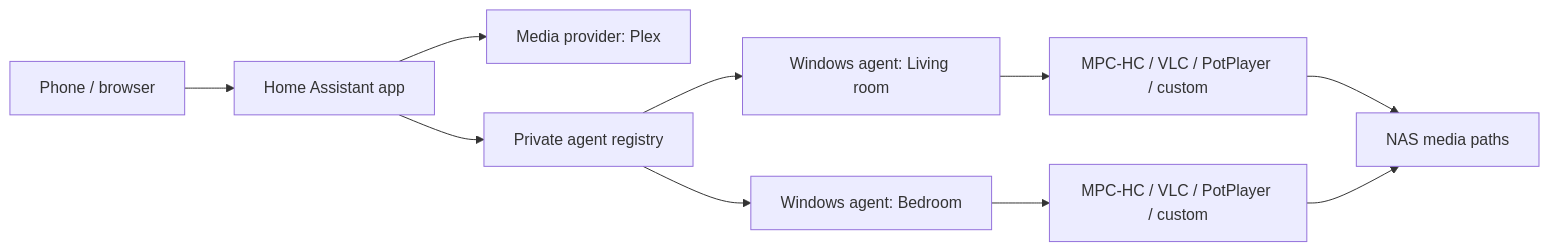
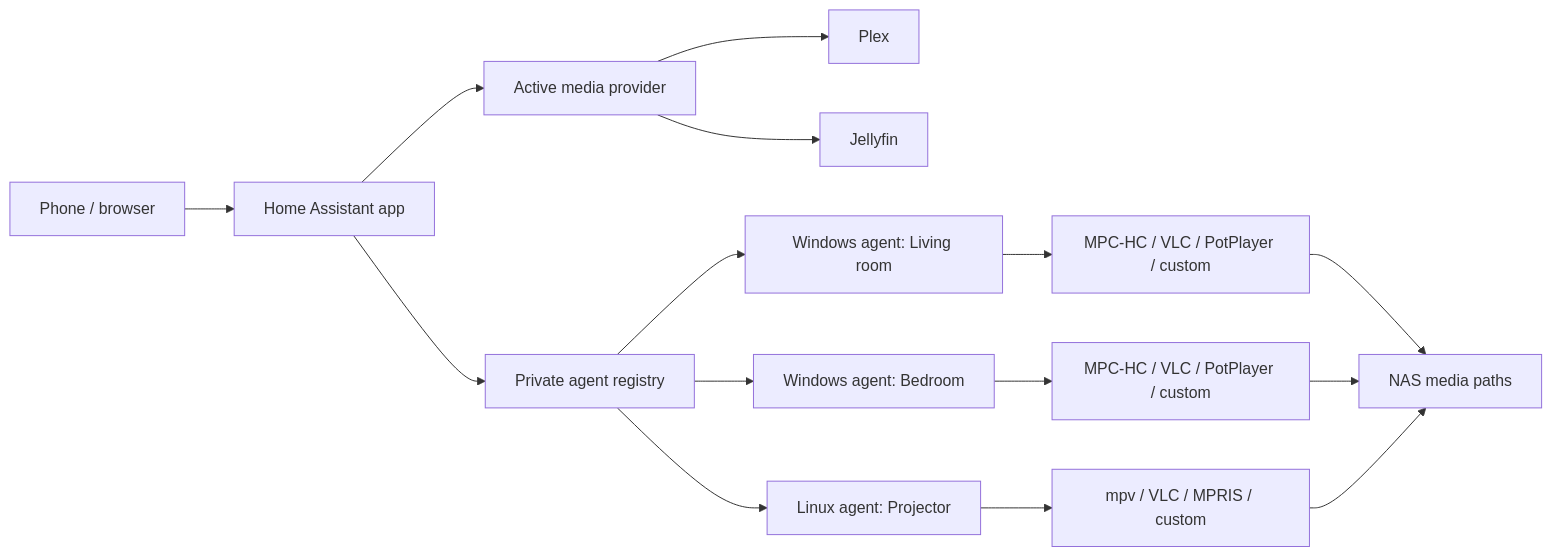
Before and after one commit to liwo-1/media-launcher: the diagram in ARCHITECTURE.md, drawn with Mermaid. The commit also changed other lines of this file and 169 other files, not shown here.

Commit message:
Complete multi-provider playback roadmap

````diff
--- a/ARCHITECTURE.md
+++ b/ARCHITECTURE.md
@@ -7,12 +8,17 @@
 ```mermaid
 flowchart LR
     U[Phone / browser] --> A[Home Assistant app]
-    A --> P[Media provider: Plex]
+    A --> P[Active media provider]
+    P --> PX[Plex]
+    P --> J[Jellyfin]
     A --> R[Private agent registry]
     R --> W1[Windows agent: Living room]
     R --> W2[Windows agent: Bedroom]
+    R --> L1[Linux agent: Projector]
     W1 --> M1[MPC-HC / VLC / PotPlayer / custom]
     W2 --> M2[MPC-HC / VLC / PotPlayer / custom]
+    L1 --> M3[mpv / VLC / MPRIS / custom]
     M1 --> N[NAS media paths]
     M2 --> N
+    M3 --> N
 ```
````
